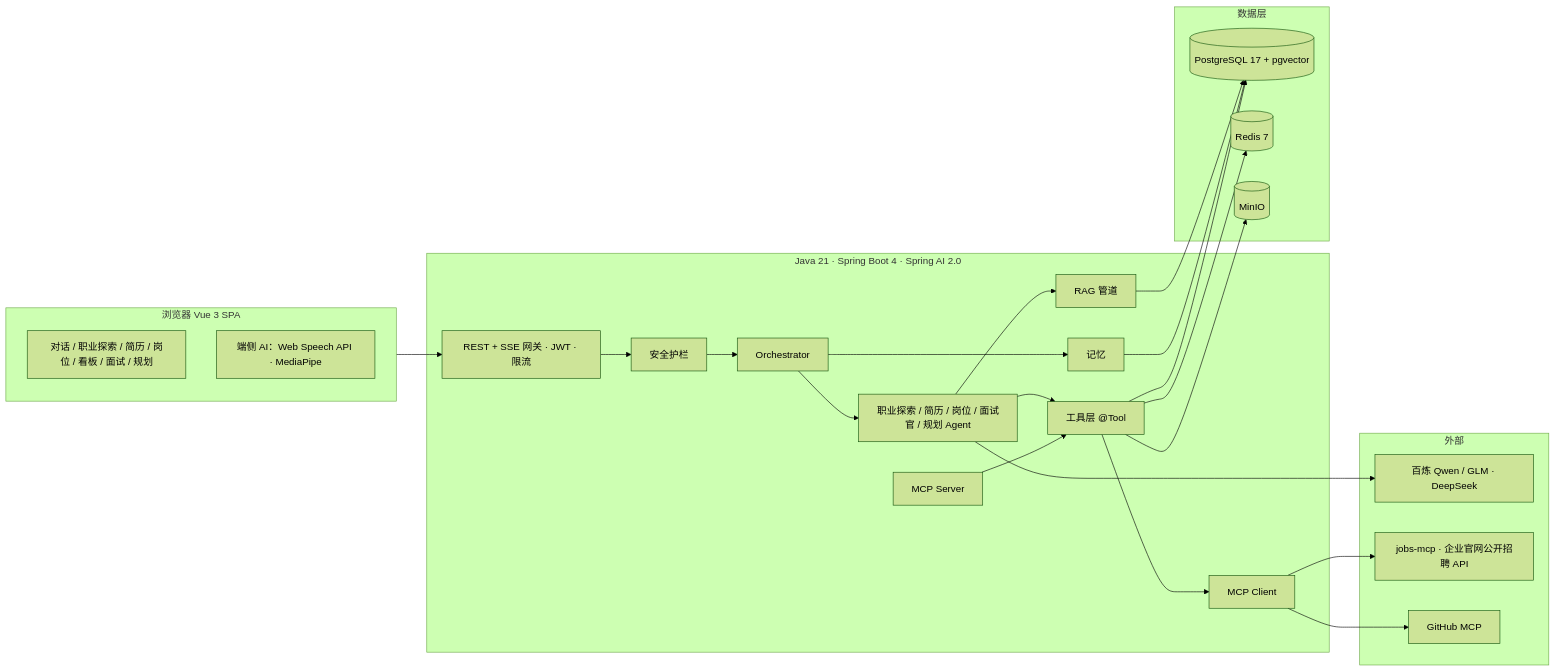
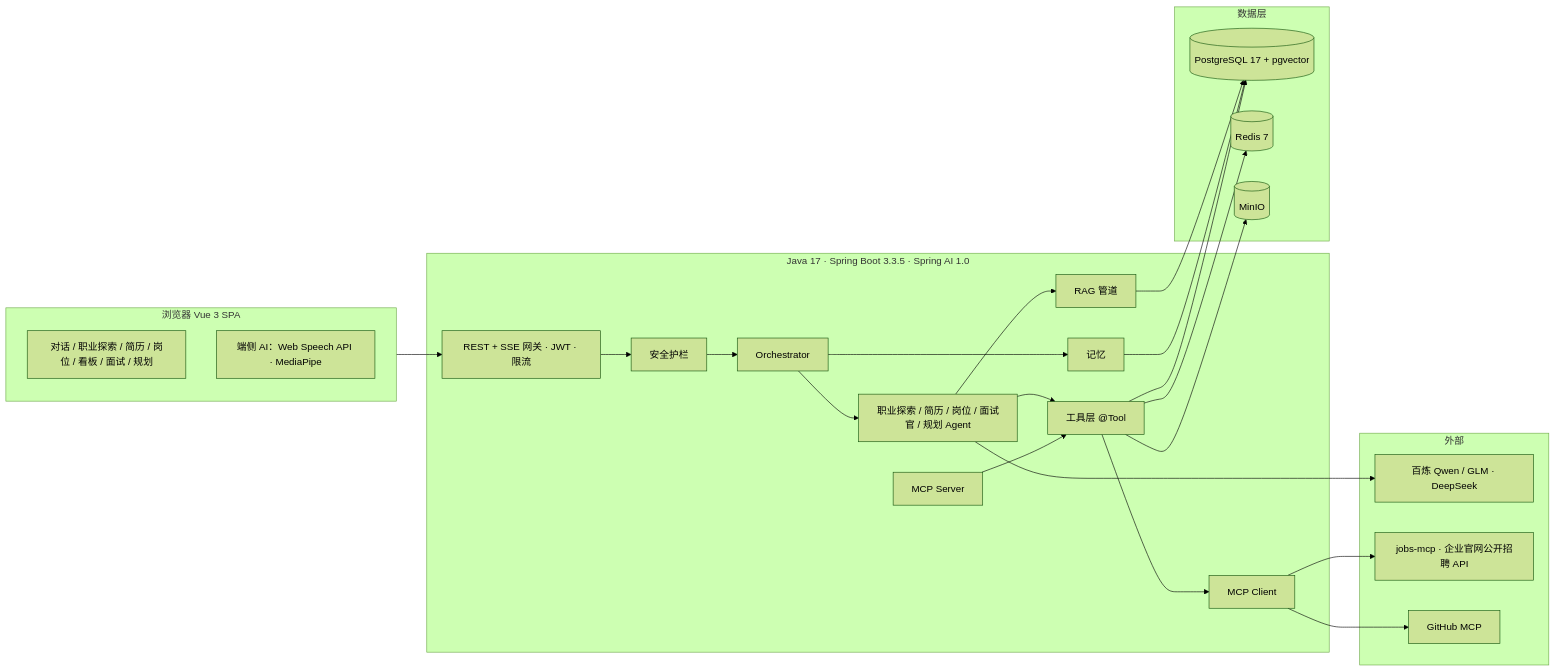
Before and after one commit to MAOsaikou/offerpilot: the diagram in README.md, drawn with Mermaid (forest theme). The commit also changed other lines of this file and 16 other files, not shown here.

Commit message:
build: target Java 17 and Spring Boot 3.3.5

````diff
--- a/README.md
+++ b/README.md
@@ -39,44 +39,44 @@
 ```mermaid
 flowchart LR
   subgraph browser [浏览器 Vue 3 SPA]
     UI[对话 / 职业探索 / 简历 / 岗位 / 看板 / 面试 / 规划]
     Edge[端侧 AI：Web Speech API · MediaPipe]
   end
 
-  subgraph backend [Java 21 · Spring Boot 4 · Spring AI 2.0]
+  subgraph backend [Java 17 · Spring Boot 3.3.5 · Spring AI 1.0]
     GW[REST + SSE 网关 · JWT · 限流]
     Guard[安全护栏]
     Orch[Orchestrator]
     Agents[职业探索 / 简历 / 岗位 / 面试官 / 规划 Agent]
     Tools[工具层 @Tool]
     RAG[RAG 管道]
     Mem[记忆]
     McpC[MCP Client]
     McpS[MCP Server]
   end
 
   subgraph data [数据层]
     PG[(PostgreSQL 17 + pgvector)]
     RD[(Redis 7)]
     MO[(MinIO)]
   end
 
   subgraph ext [外部]
     LLM[百炼 Qwen / GLM · DeepSeek]
     Jobs[jobs-mcp · 企业官网公开招聘 API]
     GH[GitHub MCP]
   end
 
   browser --> GW --> Guard --> Orch --> Agents --> Tools
   Agents --> LLM
   Agents --> RAG
   Orch --> Mem
   Tools --> McpC --> Jobs
   McpC --> GH
   McpS --> Tools
   RAG --> PG
   Mem --> PG
   Tools --> PG
   Tools --> RD
   Tools --> MO
 ```
````
